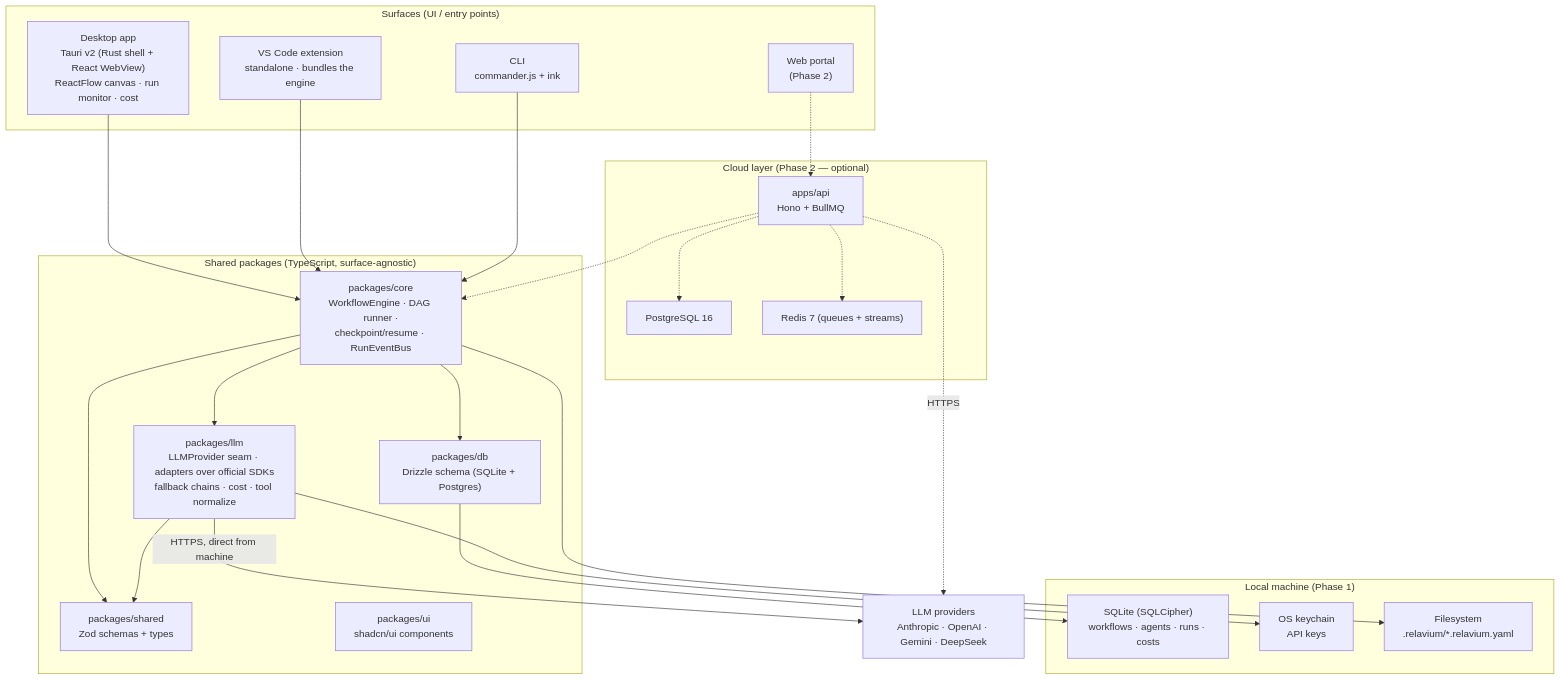
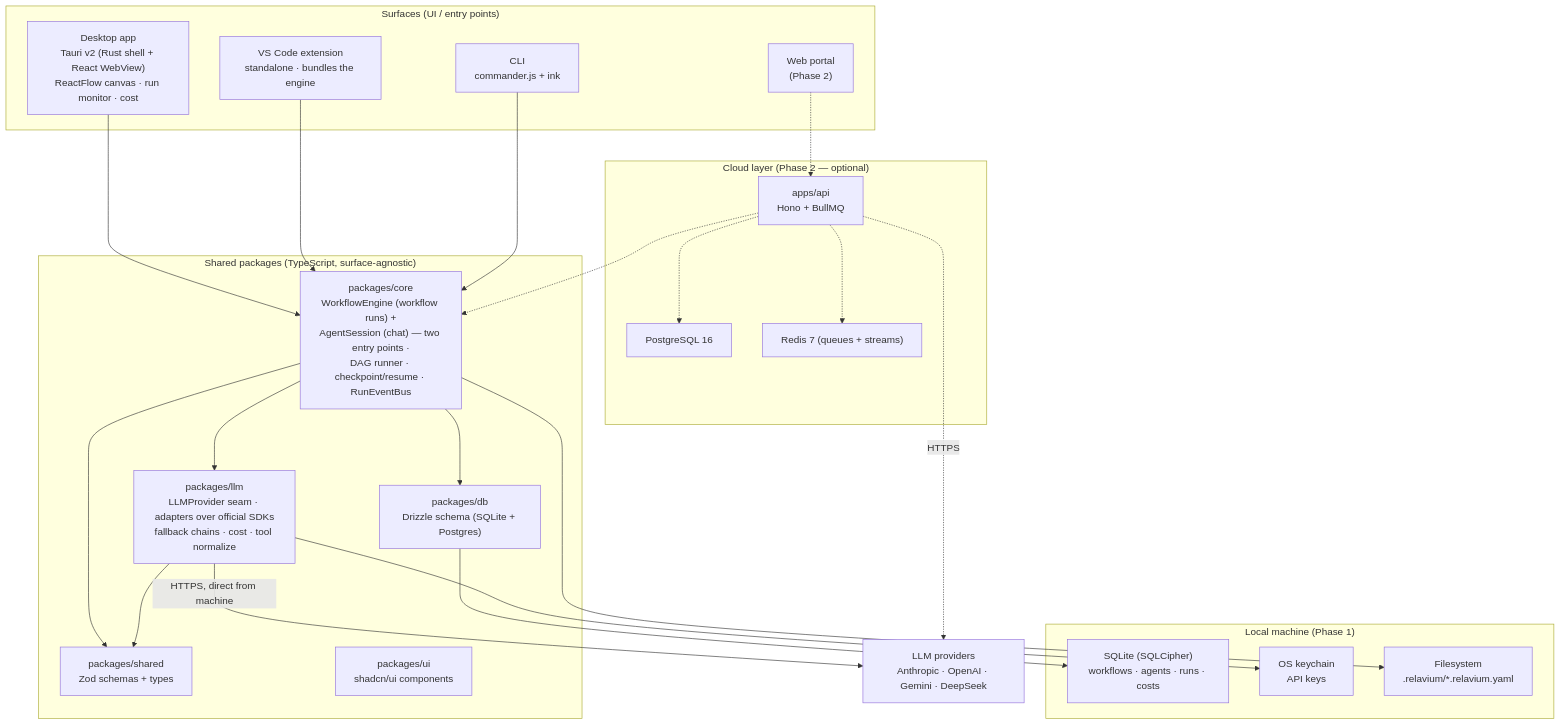
Before and after one commit to HodeTech/Relavium: the first of 2 diagrams in docs/architecture/overview.md, drawn with Mermaid. The commit also changed other lines of this file and 3 other files, not shown here.

First line of the commit message:
docs(architecture): dual entry-point substrate + steering channel

````diff
--- a/docs/architecture/overview.md
+++ b/docs/architecture/overview.md
@@ -12,48 +12,48 @@
 ```mermaid
 flowchart TB
     subgraph Surfaces["Surfaces (UI / entry points)"]
         Desktop["Desktop app<br/>Tauri v2 (Rust shell + React WebView)<br/>ReactFlow canvas · run monitor · cost"]
         VSCode["VS Code extension<br/>standalone · bundles the engine"]
         CLI["CLI<br/>commander.js + ink"]
         Portal["Web portal<br/>(Phase 2)"]
     end
 
     subgraph Packages["Shared packages (TypeScript, surface-agnostic)"]
-        Core["packages/core<br/>WorkflowEngine · DAG runner ·<br/>checkpoint/resume · RunEventBus"]
+        Core["packages/core<br/>WorkflowEngine (workflow runs) +<br/>AgentSession (chat) — two entry points ·<br/>DAG runner · checkpoint/resume · RunEventBus"]
         LLM["packages/llm<br/>LLMProvider seam · adapters over official SDKs<br/>fallback chains · cost · tool normalize"]
         Shared["packages/shared<br/>Zod schemas + types"]
         DB["packages/db<br/>Drizzle schema (SQLite + Postgres)"]
         UI["packages/ui<br/>shadcn/ui components"]
     end
 
     subgraph Local["Local machine (Phase 1)"]
         SQLite["SQLite (SQLCipher)<br/>workflows · agents · runs · costs"]
         Keychain["OS keychain<br/>API keys"]
         FS["Filesystem<br/>.relavium/*.relavium.yaml"]
     end
 
     Providers["LLM providers<br/>Anthropic · OpenAI · Gemini · DeepSeek"]
 
     subgraph Cloud["Cloud layer (Phase 2 — optional)"]
         API["apps/api<br/>Hono + BullMQ"]
         Postgres["PostgreSQL 16"]
         Redis["Redis 7 (queues + streams)"]
     end
 
     Desktop --> Core
     VSCode --> Core
     CLI --> Core
     Portal -.-> API
     Core --> LLM
     Core --> Shared
     LLM --> Shared
     Core --> DB
     DB --> SQLite
     LLM --> Keychain
     Core --> FS
     LLM -->|HTTPS, direct from machine| Providers
     API -.-> Core
     API -.-> Postgres
     API -.-> Redis
     API -.->|HTTPS| Providers
 ```
````
